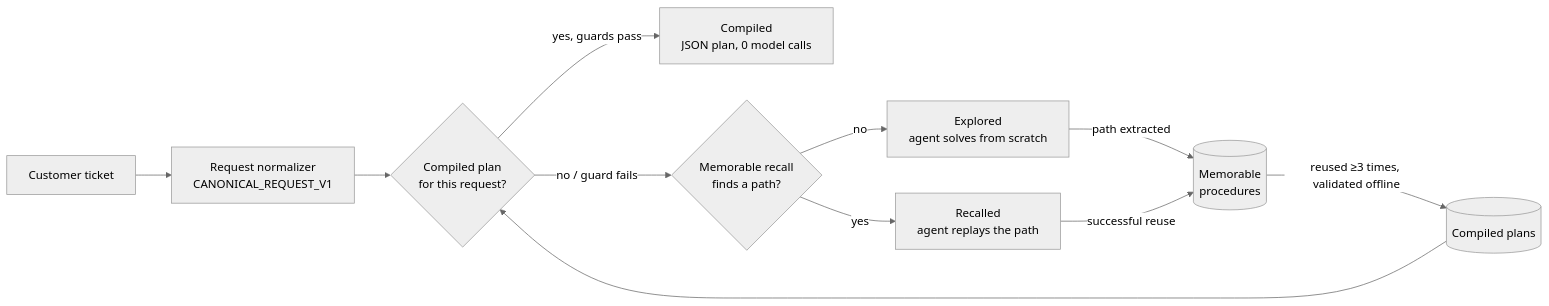
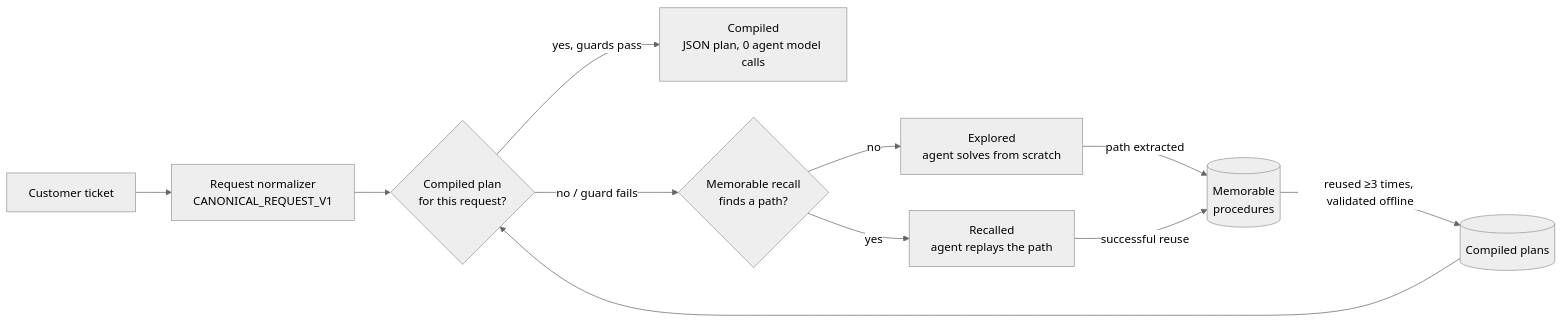
One commit to ToukoUrsin/own-your-intelligence-hack changed the diagram in README.md. Above: the diagram before and after it, drawn with Mermaid (neutral theme). The commit also changed other lines of this file and 9 other files, not shown here.

````diff
--- a/README.md
+++ b/README.md
@@ -11,13 +13,13 @@
 ```mermaid
 flowchart LR
     T[Customer ticket] --> N[Request normalizer<br/>CANONICAL_REQUEST_V1]
     N --> P{Compiled plan<br/>for this request?}
-    P -- yes, guards pass --> C[Compiled<br/>JSON plan, 0 model calls]
+    P -- yes, guards pass --> C[Compiled<br/>JSON plan, 0 agent model calls]
     P -- no / guard fails --> M{Memorable recall<br/>finds a path?}
     M -- yes --> R[Recalled<br/>agent replays the path]
     M -- no --> E[Explored<br/>agent solves from scratch]
     E -- path extracted --> S[(Memorable<br/>procedures)]
     R -- successful reuse --> S
     S -- reused ≥3 times, validated offline --> K[(Compiled plans)]
     K --> P
 ```
````
